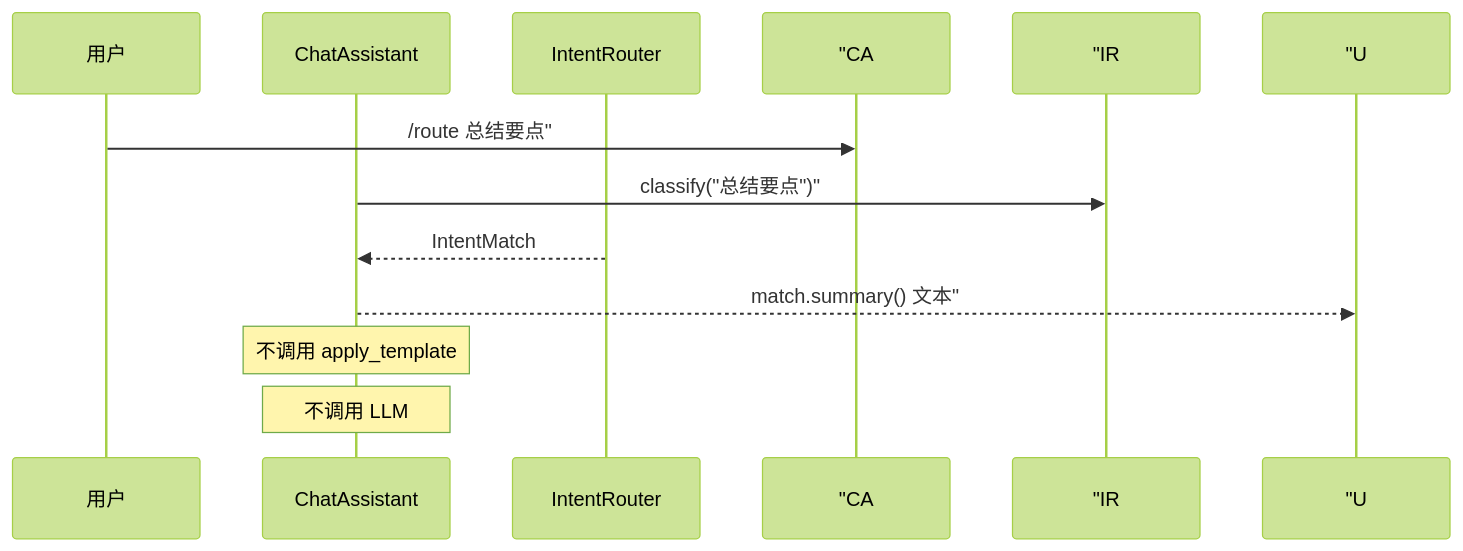
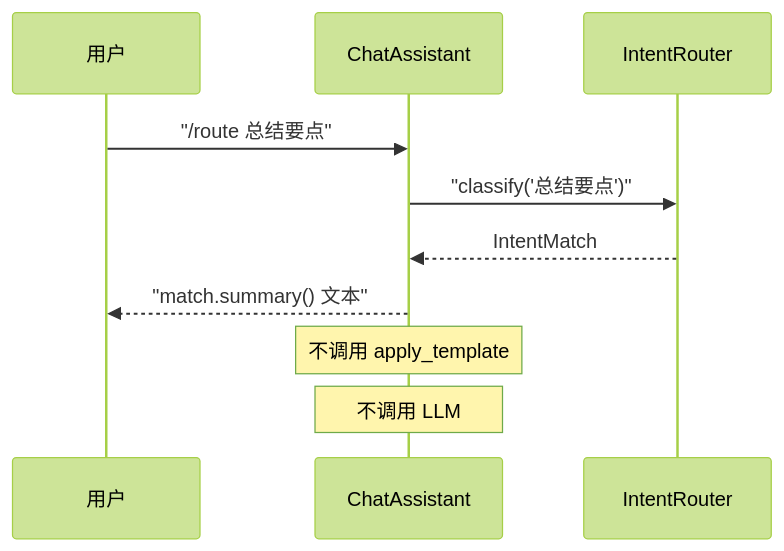
The fourth of 6 diagrams in course/day18/04_流程图与示意图.md (ab6539763/70_days_course_plus), drawn with Mermaid (forest theme) before and after one commit. The commit also changed other lines of this file and 80 other files, not shown here.

First line of the commit message:
fix(course): 修复 Mermaid 图表渲染报错 + 同步嵌入代码快照

````diff
--- a/course/day18/04_流程图与示意图.md
+++ b/course/day18/04_流程图与示意图.md
@@ -67,13 +67,13 @@
 ```mermaid
 sequenceDiagram
     participant U as 用户
     participant CA as ChatAssistant
     participant IR as IntentRouter
 
-    U->> "CA: /route 总结要点"
-    CA->> "IR: classify("总结要点")"
+    U->>CA: "/route 总结要点"
+    CA->>IR: "classify('总结要点')"
     IR-->>CA: IntentMatch
-    CA-->> "U: match.summary() 文本"
+    CA-->>U: "match.summary() 文本"
     Note over CA: 不调用 apply_template
     Note over CA: 不调用 LLM
 ```
````
